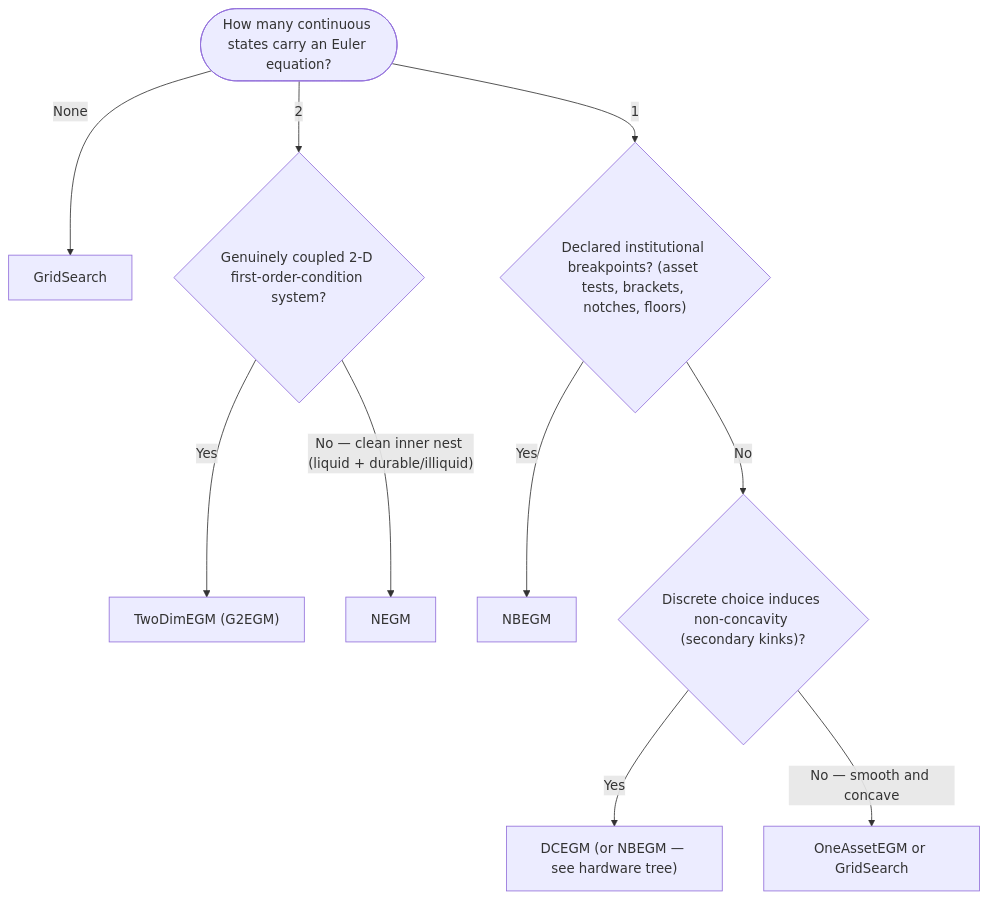
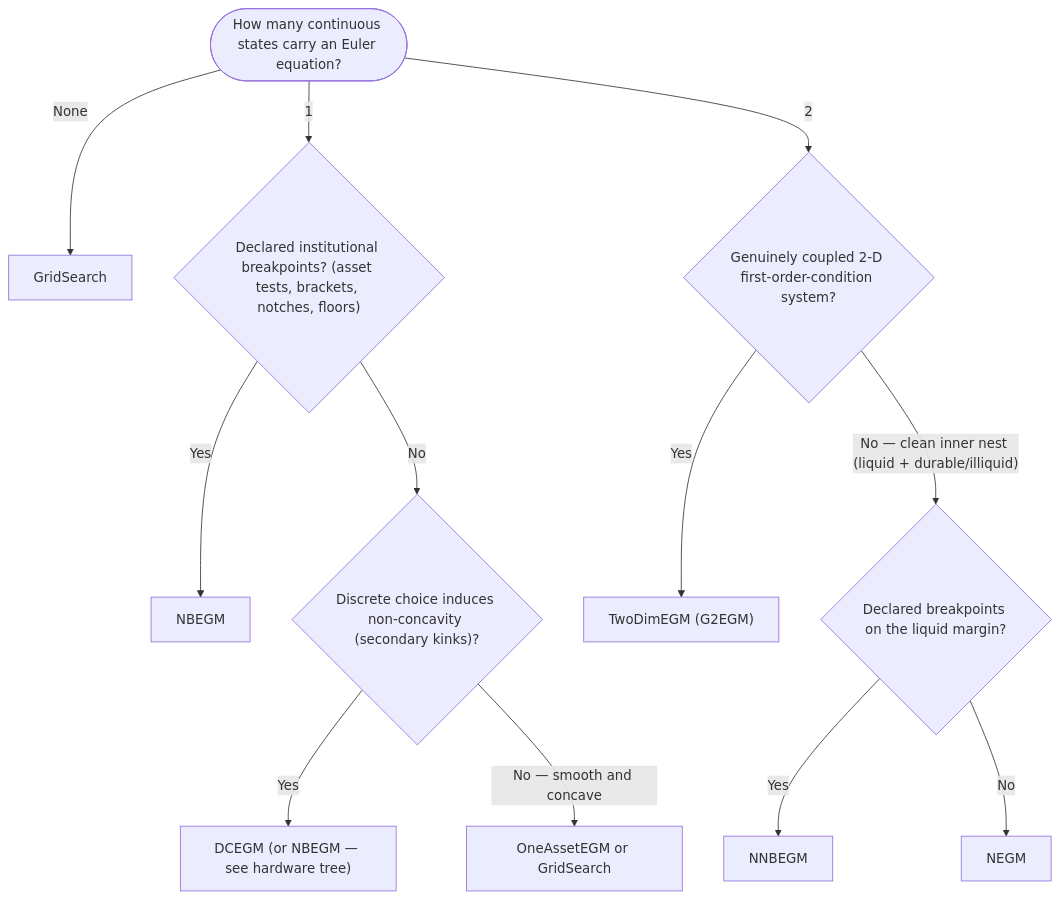
One commit to OpenSourceEconomics/pylcm changed the first of 2 diagrams in docs/user_guide/choosing_a_solver.md. Above: the diagram before and after it, drawn with Mermaid. The commit also changed other lines of this file and 3 other files, not shown here.

````diff
--- a/docs/user_guide/choosing_a_solver.md
+++ b/docs/user_guide/choosing_a_solver.md
@@ -29,16 +29,19 @@
 ```{mermaid}
 flowchart TD
     q0(["How many continuous states carry an Euler equation?"])
     q0 -->|"None"| gs0["GridSearch"]
     q0 -->|"1"| qbp{"Declared institutional breakpoints? (asset tests, brackets, notches, floors)"}
     q0 -->|"2"| q2d{"Genuinely coupled 2-D first-order-condition system?"}
 
     q2d -->|"Yes"| twodim["TwoDimEGM (G2EGM)"]
-    q2d -->|"No — clean inner nest (liquid + durable/illiquid)"| negm["NEGM"]
+    q2d -->|"No — clean inner nest (liquid + durable/illiquid)"| qnest{"Declared breakpoints on the liquid margin?"}
+
+    qnest -->|"Yes"| nnbegm["NNBEGM"]
+    qnest -->|"No"| negm["NEGM"]
 
     qbp -->|"Yes"| nbegm["NBEGM"]
     qbp -->|"No"| qdc{"Discrete choice induces non-concavity (secondary kinks)?"}
 
     qdc -->|"Yes"| dcegm["DCEGM (or NBEGM — see hardware tree)"]
     qdc -->|"No — smooth and concave"| egm["OneAssetEGM or GridSearch"]
 ```
````
